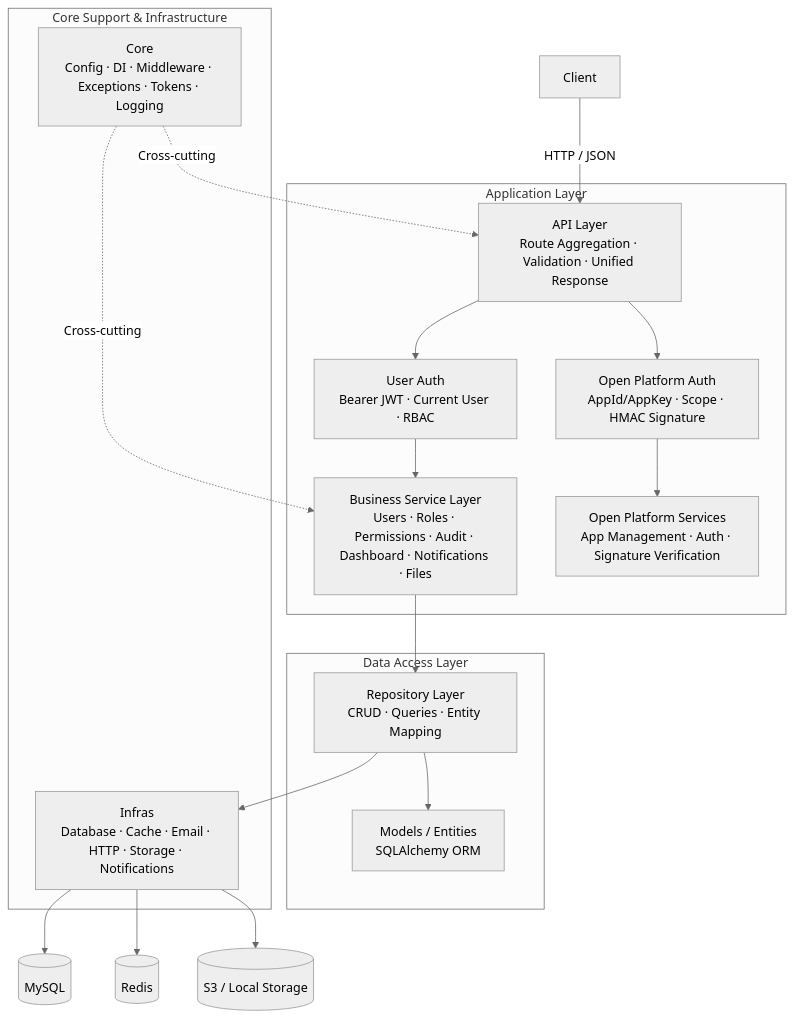
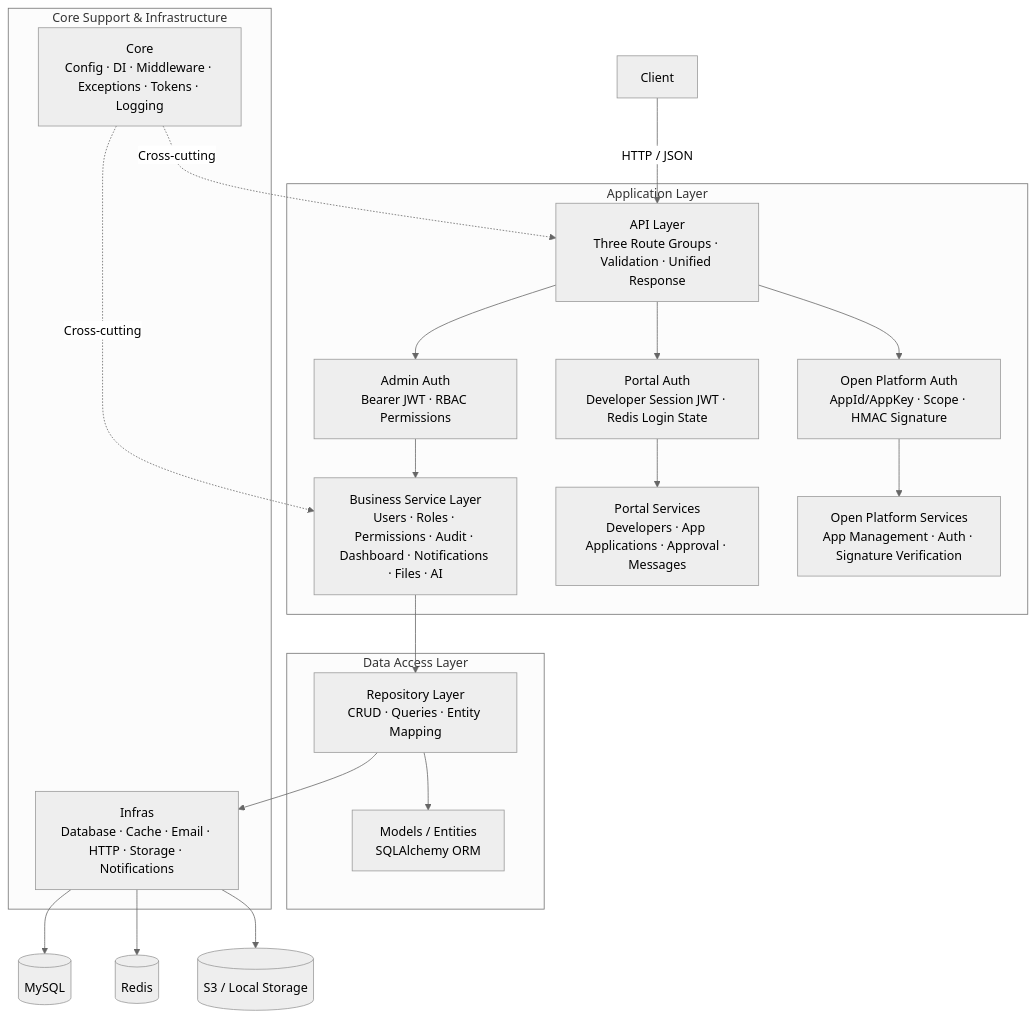
The first of 7 diagrams in server/README.en.md (cross-lang/x-HanJiang), drawn with Mermaid (neutral theme) before and after one commit. The commit also changed other lines of this file and 106 other files, not shown here.

````diff
--- a/server/README.en.md
+++ b/server/README.en.md
@@ -317,28 +320,30 @@
 ```mermaid
 flowchart TB
-  Client[Client] -->|HTTP / JSON| API[API Layer<br/>Route Aggregation · Validation · Unified Response]
+  Client[Client] -->|HTTP / JSON| API[API Layer<br/>Three Route Groups · Validation · Unified Response]
 
   subgraph Application[Application Layer]
-    API --> Auth[User Auth<br/>Bearer JWT · Current User · RBAC]
+    API --> Auth[Admin Auth<br/>Bearer JWT · RBAC Permissions]
+    API --> PortalAuth[Portal Auth<br/>Developer Session JWT · Redis Login State]
     API --> OpenAuth[Open Platform Auth<br/>AppId/AppKey · Scope · HMAC Signature]
-    Auth --> Service[Business Service Layer<br/>Users · Roles · Permissions · Audit · Dashboard · Notifications · Files]
+    Auth --> Service[Business Service Layer<br/>Users · Roles · Permissions · Audit · Dashboard · Notifications · Files · AI]
+    PortalAuth --> PortalService[Portal Services<br/>Developers · App Applications · Approval · Messages]
     OpenAuth --> OpenService[Open Platform Services<br/>App Management · Auth · Signature Verification]
   end
 
   subgraph Data[Data Access Layer]
     Service --> Repository[Repository Layer<br/>CRUD · Queries · Entity Mapping]
     Repository --> Entity[Models / Entities<br/>SQLAlchemy ORM]
   end
 
   subgraph Support[Core Support & Infrastructure]
     Core[Core<br/>Config · DI · Middleware · Exceptions · Tokens · Logging]
     Infra[Infras<br/>Database · Cache · Email · HTTP · Storage · Notifications]
   end
 
   Core -.Cross-cutting.-> API
   Core -.Cross-cutting.-> Service
   Repository --> Infra
   Infra --> DB[(MySQL)]
   Infra --> Redis[(Redis)]
   Infra --> OSS[(S3 / Local Storage)]
 ```
````
